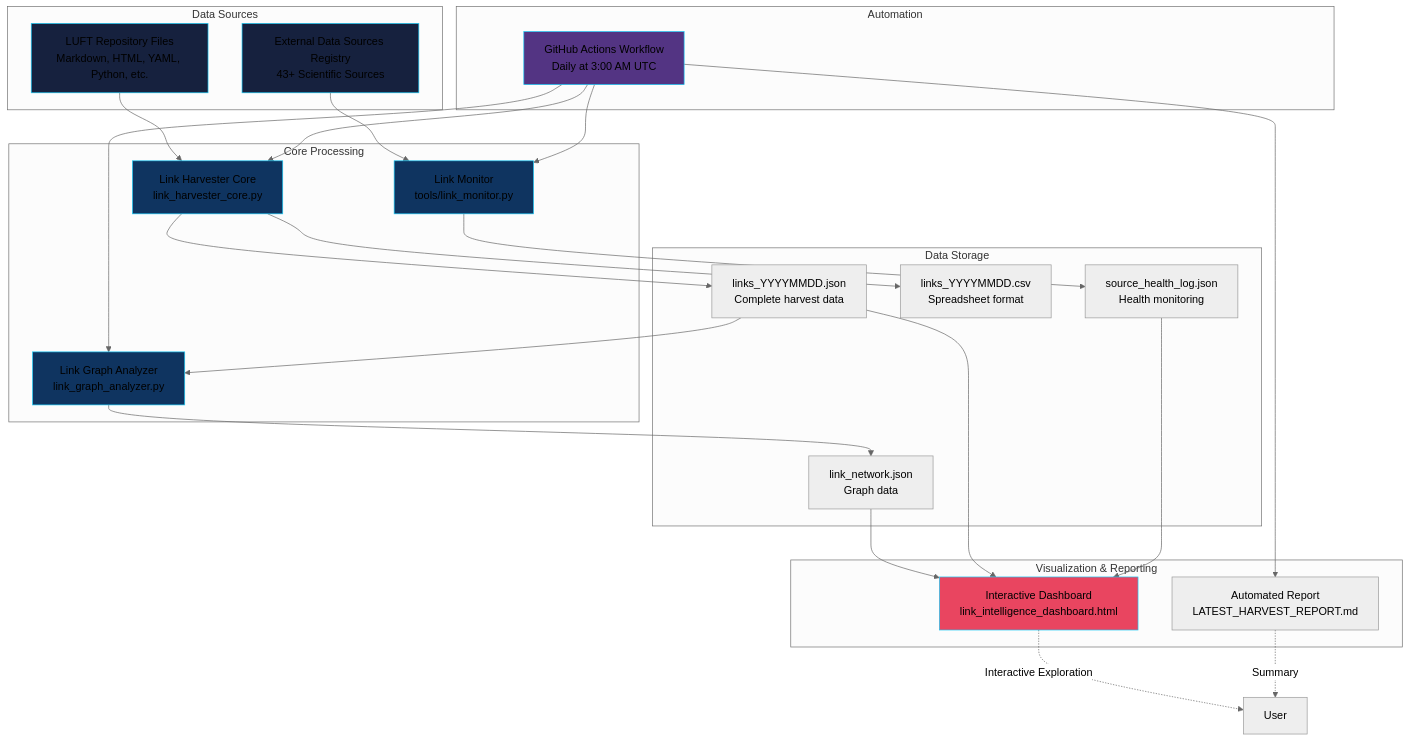
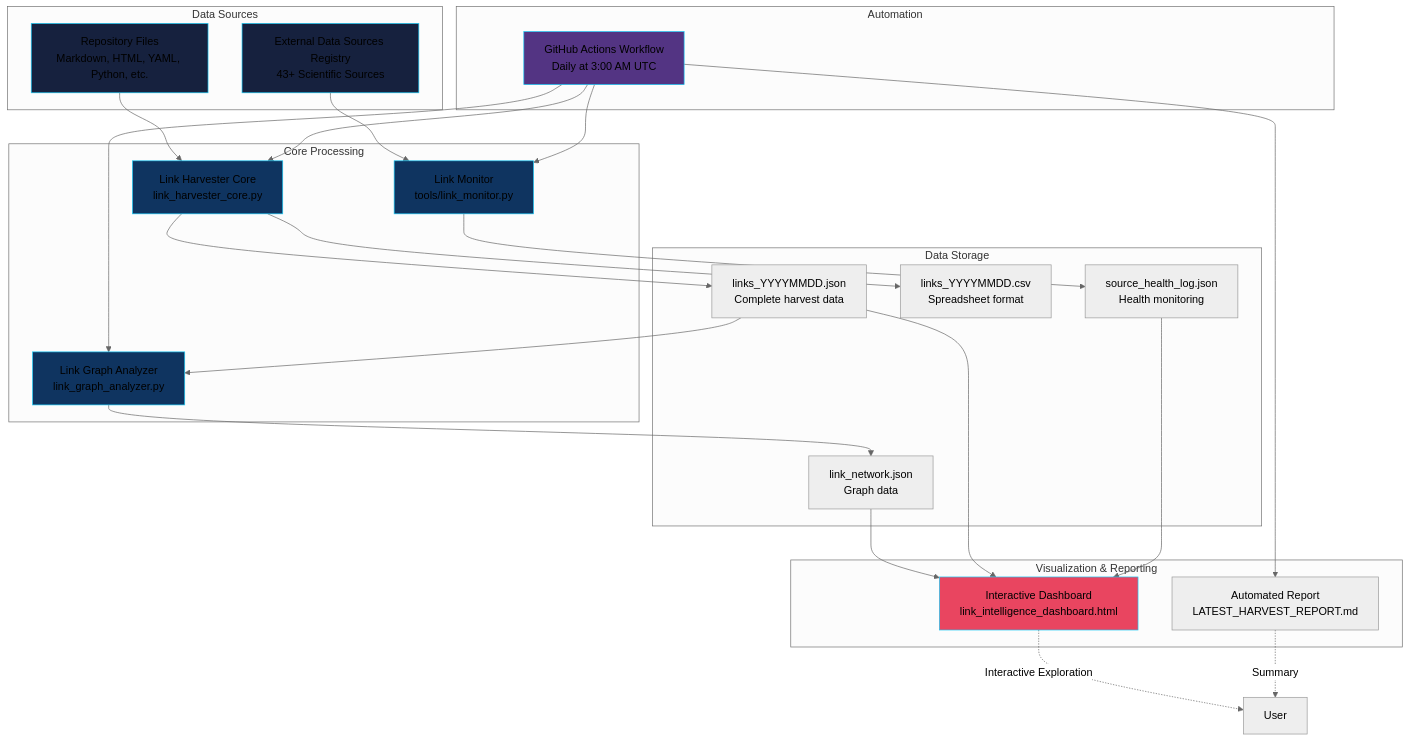
The diagram in LINK_INTELLIGENCE_REPORT.md (CarlDeanClineSr/luft-portal-), drawn with Mermaid (neutral theme) before and after one commit. The commit also changed other lines of this file and 237 other files, not shown here.

````diff
--- a/LINK_INTELLIGENCE_REPORT.md
+++ b/LINK_INTELLIGENCE_REPORT.md
@@ -20,57 +20,57 @@
 ```mermaid
 graph TB
     subgraph "Data Sources"
-        REPO[LUFT Repository Files<br/>Markdown, HTML, YAML, Python, etc.]
+        REPO[ Repository Files<br/>Markdown, HTML, YAML, Python, etc.]
         REGISTRY[External Data Sources Registry<br/>43+ Scientific Sources]
     end
     
     subgraph "Core Processing"
         HARVESTER[Link Harvester Core<br/>link_harvester_core.py]
         ANALYZER[Link Graph Analyzer<br/>link_graph_analyzer.py]
         MONITOR[Link Monitor<br/>tools/link_monitor.py]
     end
     
     subgraph "Data Storage"
         LINKS_JSON[links_YYYYMMDD.json<br/>Complete harvest data]
         LINKS_CSV[links_YYYYMMDD.csv<br/>Spreadsheet format]
         NETWORK_JSON[link_network.json<br/>Graph data]
         HEALTH_JSON[source_health_log.json<br/>Health monitoring]
     end
     
     subgraph "Visualization & Reporting"
         DASHBOARD[Interactive Dashboard<br/>link_intelligence_dashboard.html]
         REPORT[Automated Report<br/>LATEST_HARVEST_REPORT.md]
     end
     
     subgraph "Automation"
         WORKFLOW[GitHub Actions Workflow<br/>Daily at 3:00 AM UTC]
     end
     
     REPO --> HARVESTER
     HARVESTER --> LINKS_JSON
     HARVESTER --> LINKS_CSV
     LINKS_JSON --> ANALYZER
     ANALYZER --> NETWORK_JSON
     REGISTRY --> MONITOR
     MONITOR --> HEALTH_JSON
     
     NETWORK_JSON --> DASHBOARD
     LINKS_JSON --> DASHBOARD
     HEALTH_JSON --> DASHBOARD
     
     WORKFLOW --> HARVESTER
     WORKFLOW --> ANALYZER
     WORKFLOW --> MONITOR
     WORKFLOW --> REPORT
     
     DASHBOARD -.->|Interactive Exploration| USER[User]
     REPORT -.->|Summary| USER
     
     style REPO fill:#16213e,stroke:#16c9f6
     style REGISTRY fill:#16213e,stroke:#16c9f6
     style HARVESTER fill:#0f3460,stroke:#16c9f6
     style ANALYZER fill:#0f3460,stroke:#16c9f6
     style MONITOR fill:#0f3460,stroke:#16c9f6
     style DASHBOARD fill:#e94560,stroke:#16c9f6
     style WORKFLOW fill:#533483,stroke:#16c9f6
 ```
````
